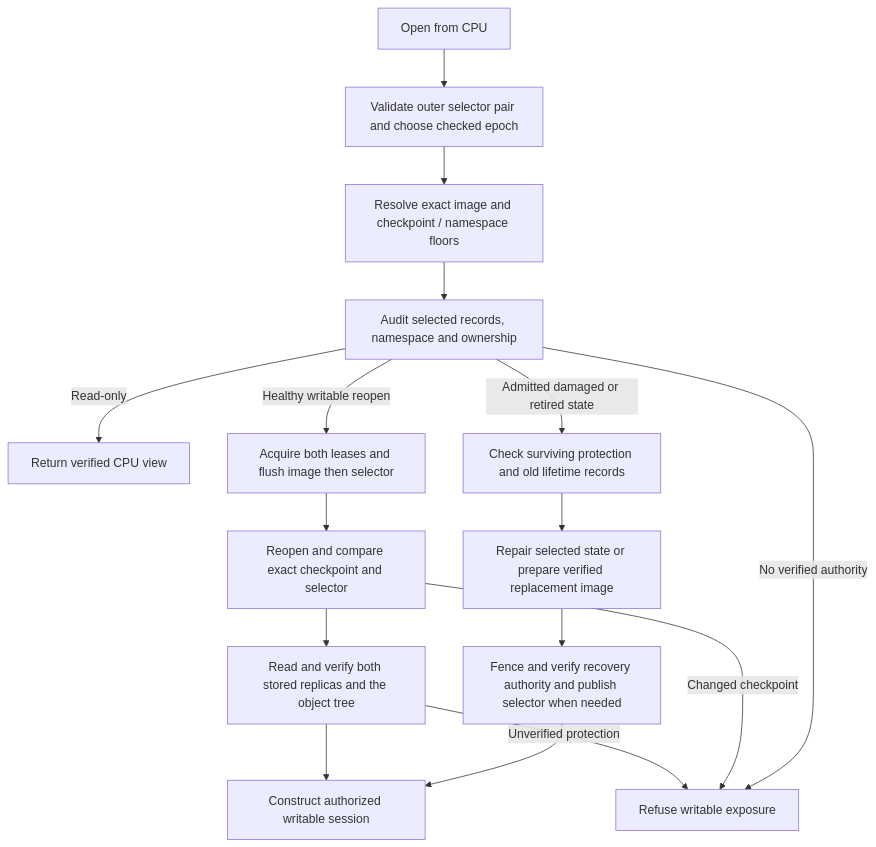
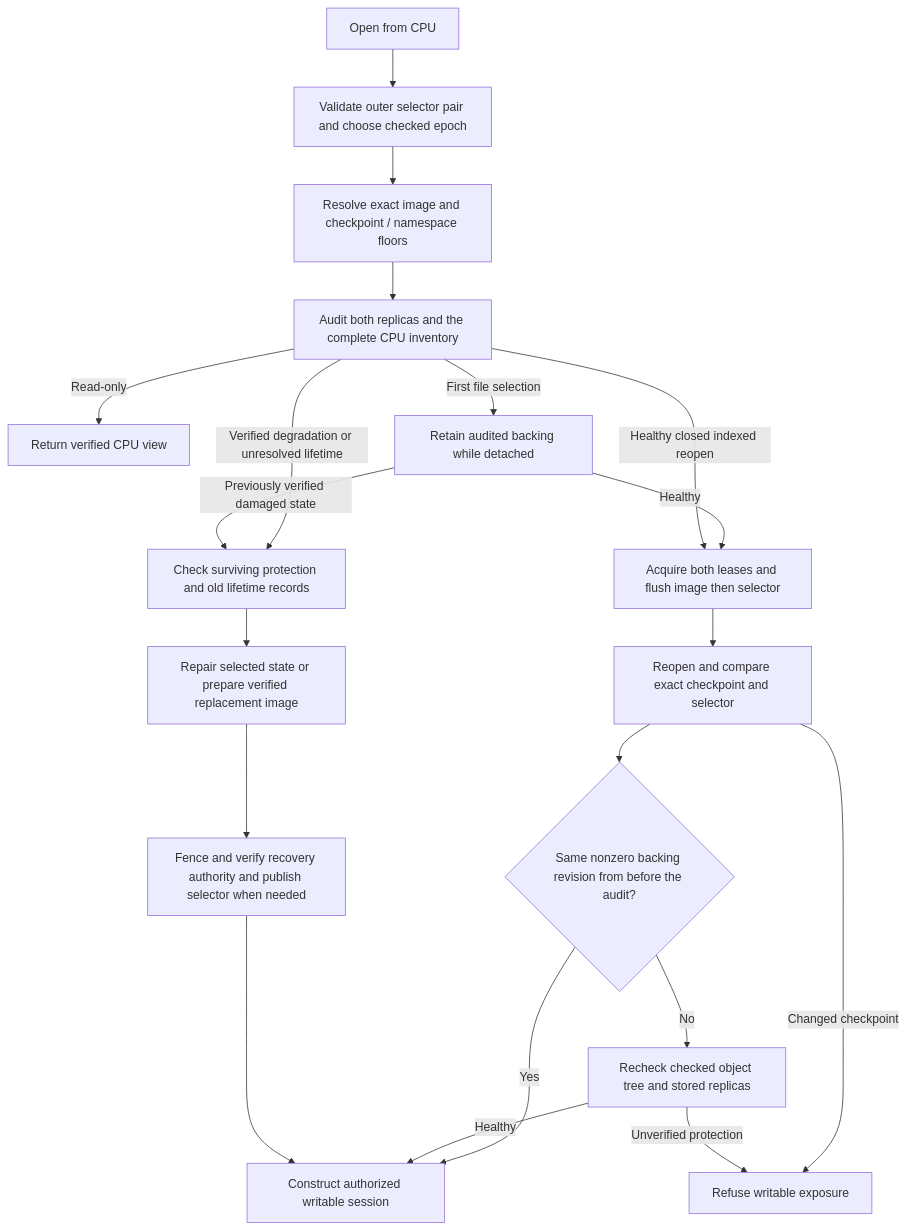
One commit to strmt7/FlitzFS changed the tenth of 27 diagrams in docs/architecture/CURRENT.md. Above: the diagram before and after it, drawn with Mermaid. The commit also changed other lines of this file and 14 other files, not shown here.

Commit message:
Reuse checked replicas on owned memory reopen

````diff
--- a/docs/architecture/CURRENT.md
+++ b/docs/architecture/CURRENT.md
@@ -367,18 +366,22 @@
 ```mermaid
 flowchart TD
     Open["Open from CPU"] --> Head["Validate outer selector pair and choose checked epoch"]
     Head --> Image["Resolve exact image and checkpoint / namespace floors"]
-    Image --> Audit["Audit selected records, namespace and ownership"]
+    Image --> Audit["Audit both replicas and the complete CPU inventory"]
     Audit -->|Read-only| Reader["Return verified CPU view"]
-    Audit -->|Healthy writable reopen| Fence["Acquire both leases and flush image then selector"]
+    Audit -->|First file selection| Retain["Retain audited backing while detached"]
+    Retain -->|Healthy| Fence
+    Audit -->|Healthy closed indexed reopen| Fence["Acquire both leases and flush image then selector"]
     Fence --> Exact["Reopen and compare exact checkpoint and selector"]
-    Exact --> Mirrors["Read and verify both stored replicas and the object tree"]
-    Mirrors --> Ready["Construct authorized writable session"]
-    Mirrors -->|Unverified protection| Refusal["Refuse writable exposure"]
-    Exact -->|Changed checkpoint| Refusal
-    Audit -->|Admitted damaged or retired state| Repair["Check surviving protection and old lifetime records"]
-    Audit -->|No verified authority| Refusal
+    Exact --> Revision{"Same nonzero backing revision from before the audit?"}
+    Revision -->|No| Mirrors["Recheck checked object tree and stored replicas"]
+    Revision -->|Yes| Ready["Construct authorized writable session"]
+    Mirrors -->|Healthy| Ready
+    Exact -->|Changed checkpoint| Refusal["Refuse writable exposure"]
+    Mirrors -->|Unverified protection| Refusal
+    Audit -->|Verified degradation or unresolved lifetime| Repair["Check surviving protection and old lifetime records"]
+    Retain -->|Previously verified damaged state| Repair
     Repair --> Candidate["Repair selected state or prepare verified replacement image"]
     Candidate --> Publish["Fence and verify recovery authority and publish selector when needed"]
     Publish --> Ready
 ```
````
